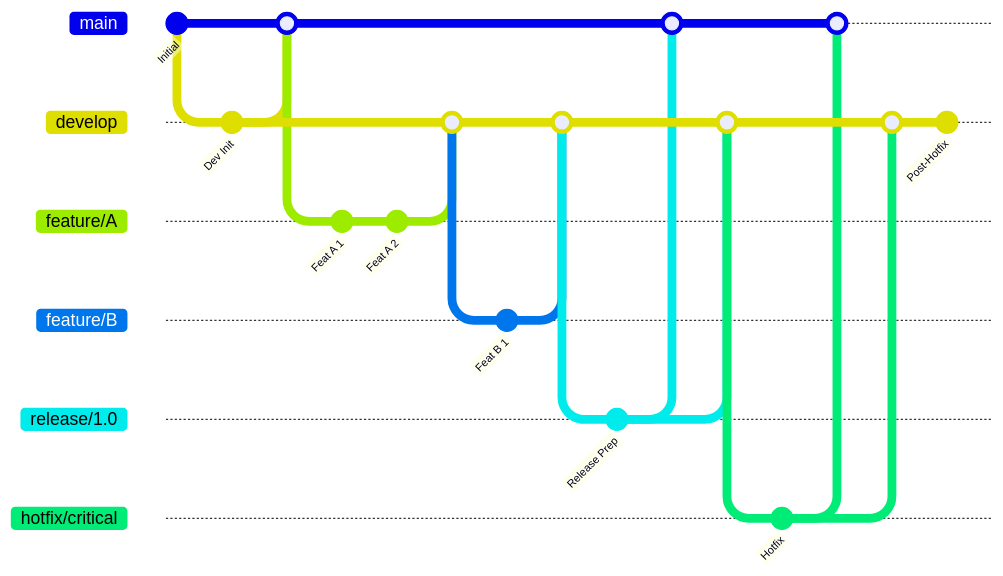
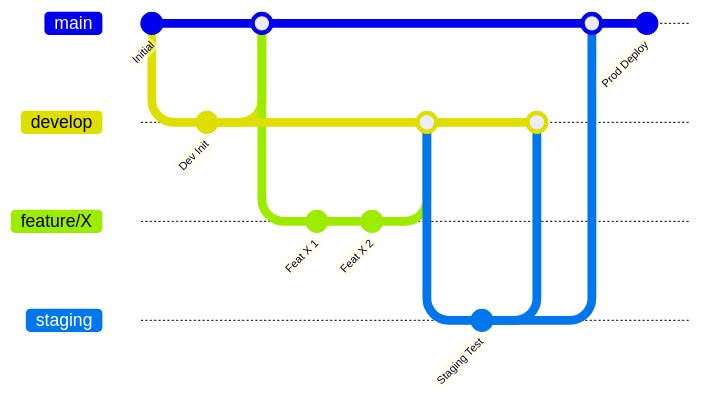
One commit to markbac/docs-WoW changed the first of 9 diagrams in guides/git-branching.md. Above: the diagram before and after it, drawn with Mermaid.

````diff
--- a/guides/git-branching.md
+++ b/guides/git-branching.md
@@ -47,30 +47,21 @@
 ```mermaid
-    gitGraph
-        commit id: "Initial"
-        branch develop
-        commit id: "Dev Init"
-        checkout main
-        merge develop
-        branch feature/A
-        commit id: "Feat A 1"
-        commit id: "Feat A 2"
-        checkout develop
-        merge feature/A
-        branch feature/B
-        commit id: "Feat B 1"
-        checkout develop
-        merge feature/B
-        branch release/1.0
-        commit id: "Release Prep"
-        checkout main
-        merge release/1.0
-        checkout develop
-        merge release/1.0
-        branch hotfix/critical
-        commit id: "Hotfix"
-        checkout main
-        merge hotfix/critical
-        checkout develop
-        merge hotfix/critical
-        commit id: "Post-Hotfix"
+gitGraph
+    commit id: "Initial"
+    branch develop
+    commit id: "Dev Init"
+    checkout main
+    merge develop
+    branch feature/X
+    commit id: "Feat X 1"
+    commit id: "Feat X 2"
+    checkout develop
+    merge feature/X
+    branch staging
+    checkout staging
+    commit id: "Staging Test"
+    checkout develop
+    merge staging
+    checkout main
+    merge staging
+    commit id: "Prod Deploy"
 ```    
````
